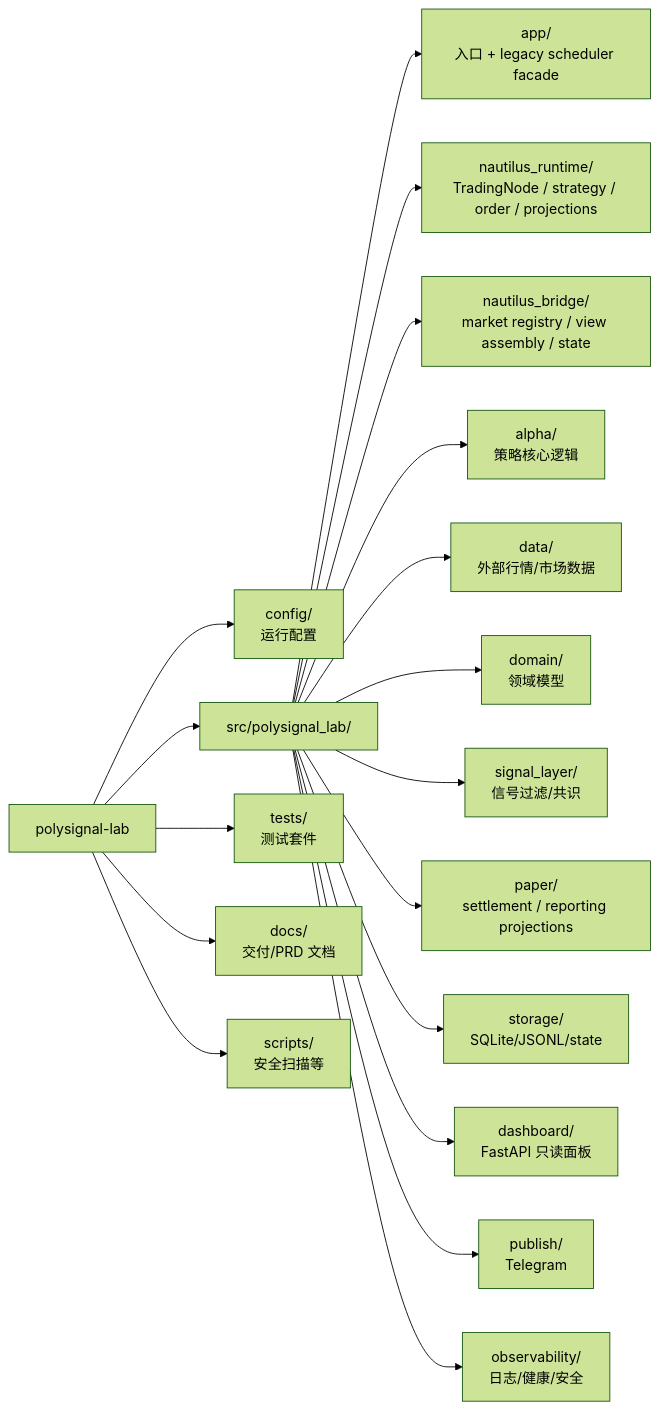
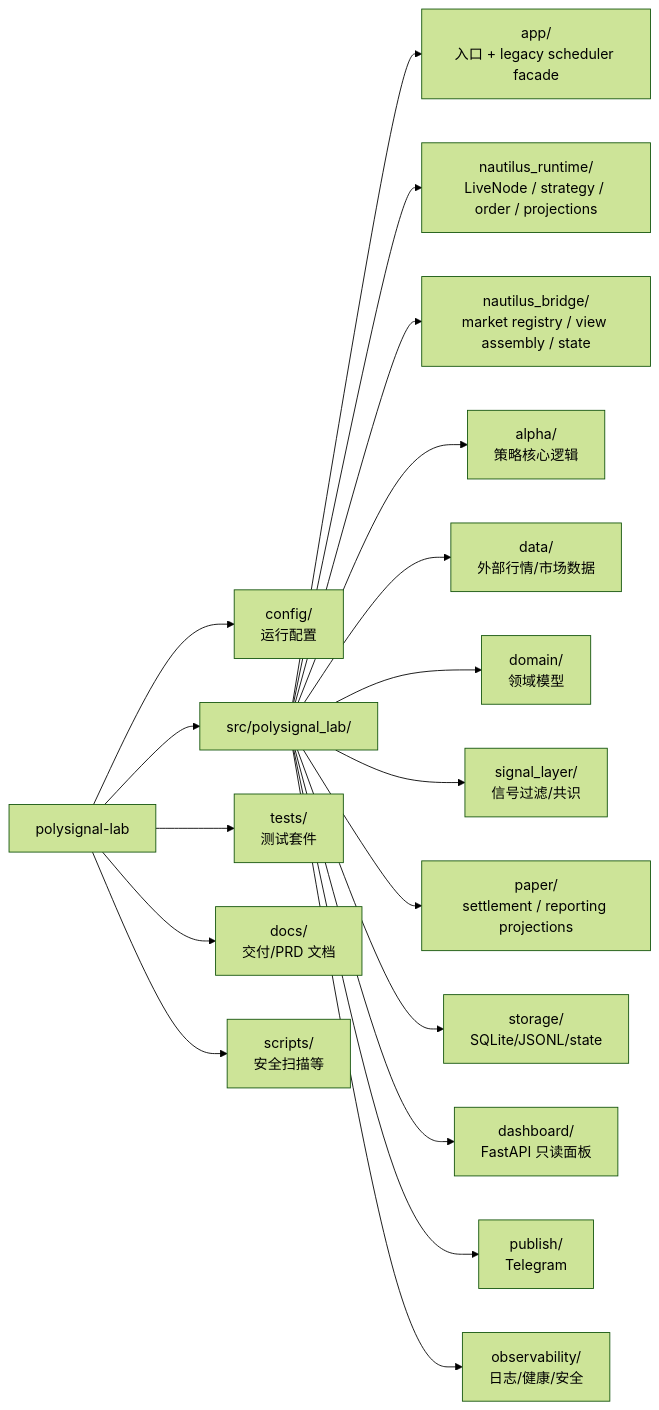
Before and after one commit to 6Kmfi6HP/polysignal-lab: the third of 7 diagrams in docs/PROJECT_ARCHITECTURE_VISUAL.md, drawn with Mermaid (forest theme). The commit also changed other lines of this file and 5 other files, not shown here.

Commit message:
docs: document final Nautilus runtime boundary

````diff
--- a/docs/PROJECT_ARCHITECTURE_VISUAL.md
+++ b/docs/PROJECT_ARCHITECTURE_VISUAL.md
@@ -76,21 +76,21 @@
 ```mermaid
 flowchart LR
   Root["polysignal-lab"] --> Config["config/<br/>运行配置"]
   Root --> Src["src/polysignal_lab/"]
   Root --> Tests["tests/<br/>测试套件"]
   Root --> Docs["docs/<br/>交付/PRD 文档"]
   Root --> Scripts["scripts/<br/>安全扫描等"]
 
   Src --> App["app/<br/>入口 + legacy scheduler facade"]
-  Src --> NautilusRuntime["nautilus_runtime/<br/>TradingNode / strategy / order / projections"]
+  Src --> NautilusRuntime["nautilus_runtime/<br/>LiveNode / strategy / order / projections"]
   Src --> NautilusBridge["nautilus_bridge/<br/>market registry / view assembly / state"]
   Src --> Alpha["alpha/<br/>策略核心逻辑"]
   Src --> Data["data/<br/>外部行情/市场数据"]
   Src --> Domain["domain/<br/>领域模型"]
   Src --> Signal["signal_layer/<br/>信号过滤/共识"]
   Src --> Paper["paper/<br/>settlement / reporting projections"]
   Src --> Storage["storage/<br/>SQLite/JSONL/state"]
   Src --> Dashboard["dashboard/<br/>FastAPI 只读面板"]
   Src --> Publish["publish/<br/>Telegram"]
   Src --> Observability["observability/<br/>日志/健康/安全"]
 ```
````
